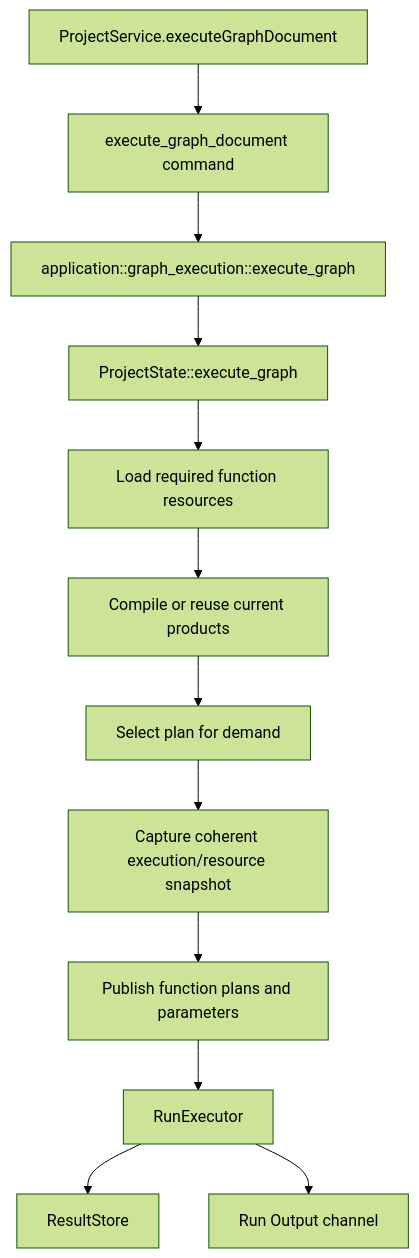
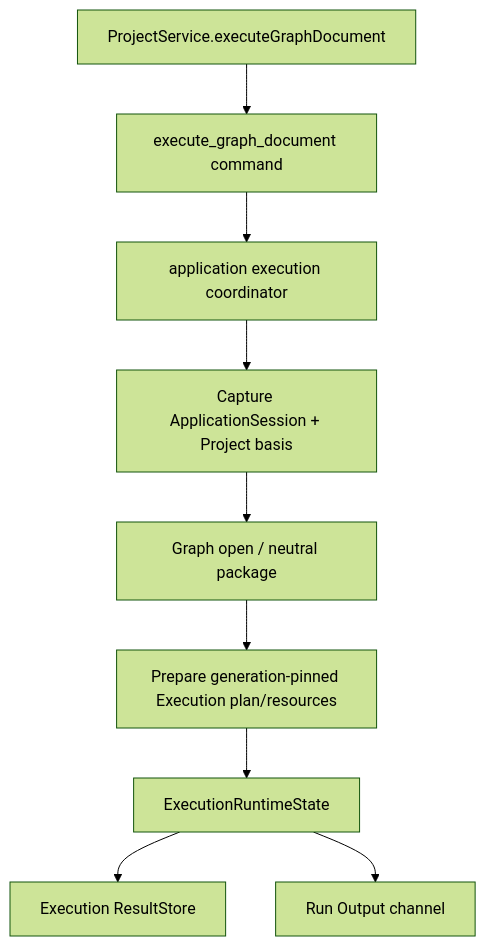
The third of 3 diagrams in docs/architecture/ARCHITECTURE.md (zhouyi207/YssBI), drawn with Mermaid (forest theme) before and after one commit. The commit also changed other lines of this file and 1316 other files, not shown here.

First line of the commit message:
refactor(architecture): complete decoupling cutover

````diff
--- a/docs/architecture/ARCHITECTURE.md
+++ b/docs/architecture/ARCHITECTURE.md
@@ -325,14 +325,11 @@
 ```mermaid
 flowchart TD
   FE[ProjectService.executeGraphDocument] --> CMD[execute_graph_document command]
-  CMD --> APP[application::graph_execution::execute_graph]
-  APP --> PS[ProjectState::execute_graph]
-  PS --> LOAD[Load required function resources]
-  LOAD --> COMPILE[Compile or reuse current products]
-  COMPILE --> SELECT[Select plan for demand]
-  SELECT --> SNAP[Capture coherent execution/resource snapshot]
-  SNAP --> FP[Publish function plans and parameters]
-  FP --> RUN[RunExecutor]
-  RUN --> RESULTS[ResultStore]
+  CMD --> APP[application execution coordinator]
+  APP --> CAP[Capture ApplicationSession + Project basis]
+  CAP --> LOAD[Graph open / neutral package]
+  LOAD --> PREP[Prepare generation-pinned Execution plan/resources]
+  PREP --> RUN[ExecutionRuntimeState]
+  RUN --> RESULTS[Execution ResultStore]
   RUN --> OUTPUT[Run Output channel]
 ```
````
